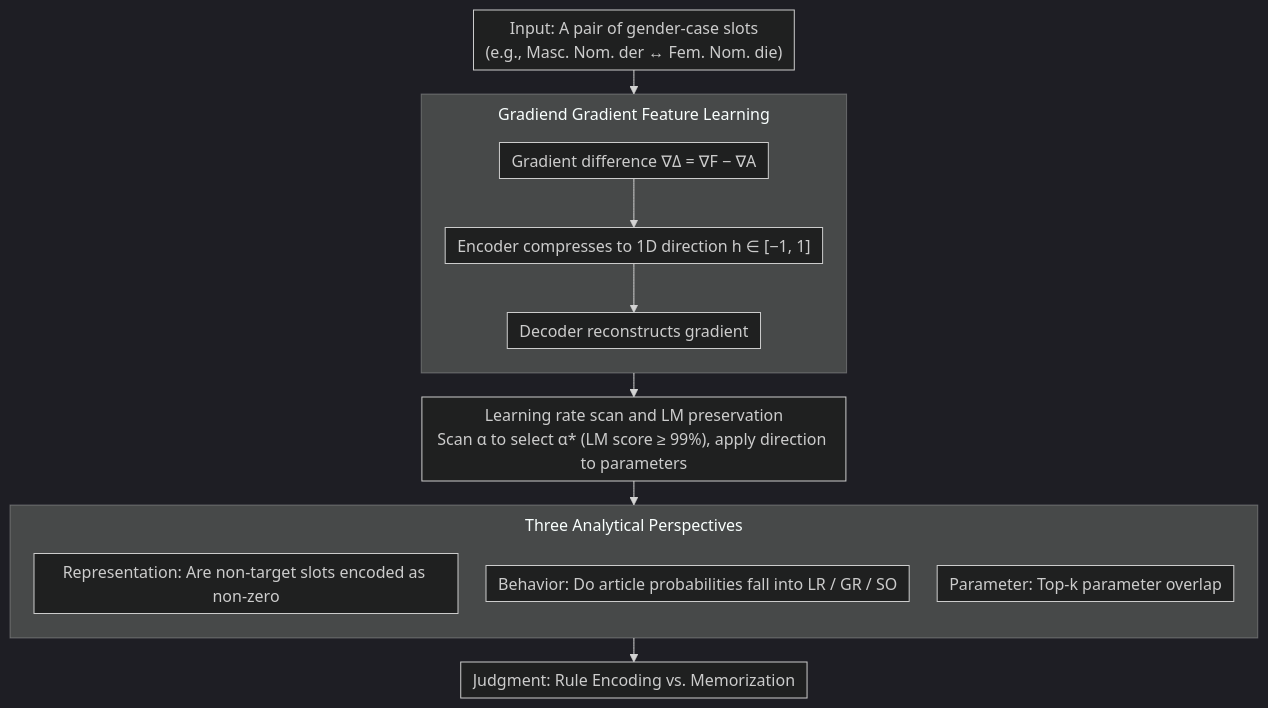
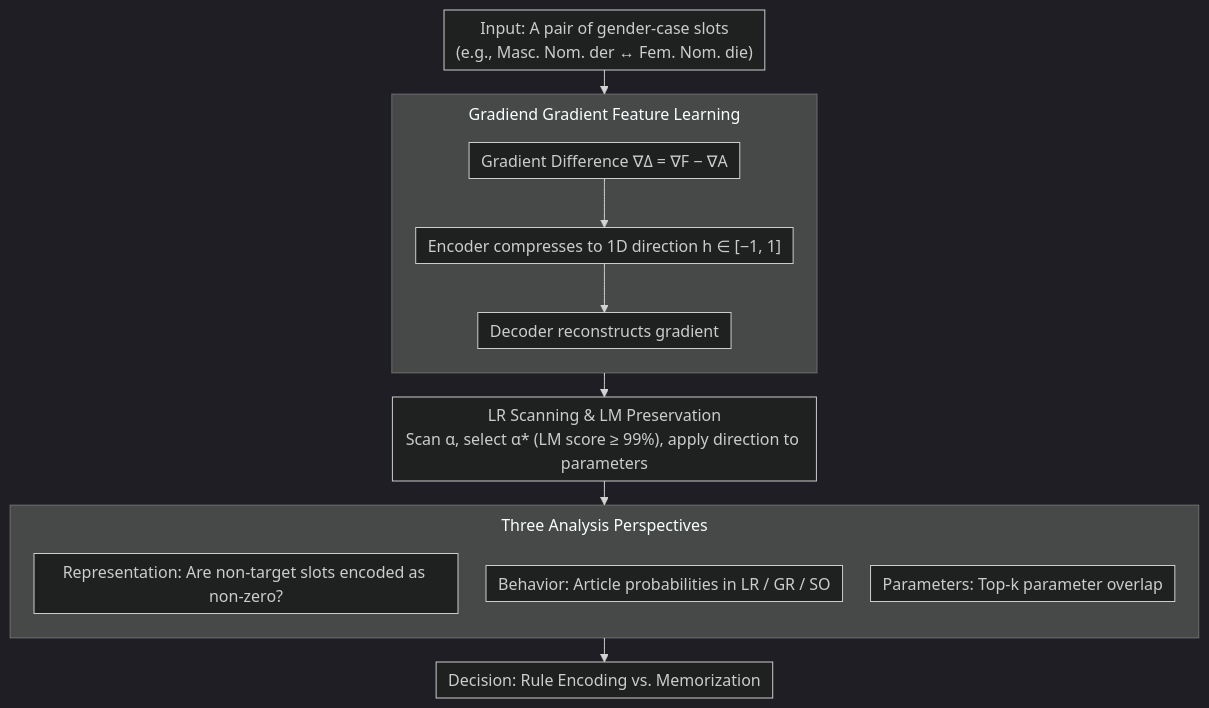
The diagram in docs/ACL2026/interpretability/understanding_or_memorizing_a_case_study_of_german_definite_articles_in_language.md (zhaoyang97/Paper-Notes-en), drawn with Mermaid (dark theme) before and after one commit. The commit also changed other lines of this file and 5084 other files, not shown here.

````diff
--- a/docs/ACL2026/interpretability/understanding_or_memorizing_a_case_study_of_german_definite_articles_in_language.md
+++ b/docs/ACL2026/interpretability/understanding_or_memorizing_a_case_study_of_german_definite_articles_in_language.md
@@ -45,19 +45,19 @@
 ```mermaid
 %%{init: {'flowchart': {'rankSpacing': 24, 'nodeSpacing': 28, 'padding': 6, 'wrappingWidth': 400, 'subGraphTitleMargin': {'top': 8, 'bottom': 16}}}}%%
 flowchart TD
     A["Input: A pair of gender-case slots<br/>(e.g., Masc. Nom. der ↔ Fem. Nom. die)"]
     subgraph G["Gradiend Gradient Feature Learning"]
         direction TB
-        B["Gradient difference ∇Δ = ∇F − ∇A"] --> C["Encoder compresses to 1D direction h ∈ [−1, 1]"] --> D["Decoder reconstructs gradient"]
+        B["Gradient Difference ∇Δ = ∇F − ∇A"] --> C["Encoder compresses to 1D direction h ∈ [−1, 1]"] --> D["Decoder reconstructs gradient"]
     end
     A --> G
-    G --> E["Learning rate scan and LM preservation<br/>Scan α to select α* (LM score ≥ 99%), apply direction to parameters"]
-    subgraph H["Three Analytical Perspectives"]
+    G --> E["LR Scanning & LM Preservation<br/>Scan α, select α* (LM score ≥ 99%), apply direction to parameters"]
+    subgraph H["Three Analysis Perspectives"]
         direction TB
-        I["Representation: Are non-target slots encoded as non-zero"]
-        J["Behavior: Do article probabilities fall into LR / GR / SO"]
-        K["Parameter: Top-k parameter overlap"]
+        I["Representation: Are non-target slots encoded as non-zero?"]
+        J["Behavior: Article probabilities in LR / GR / SO"]
+        K["Parameters: Top-k parameter overlap"]
     end
     E --> H
-    H --> L["Judgment: Rule Encoding vs. Memorization"]
+    H --> L["Decision: Rule Encoding vs. Memorization"]
 ```
````
